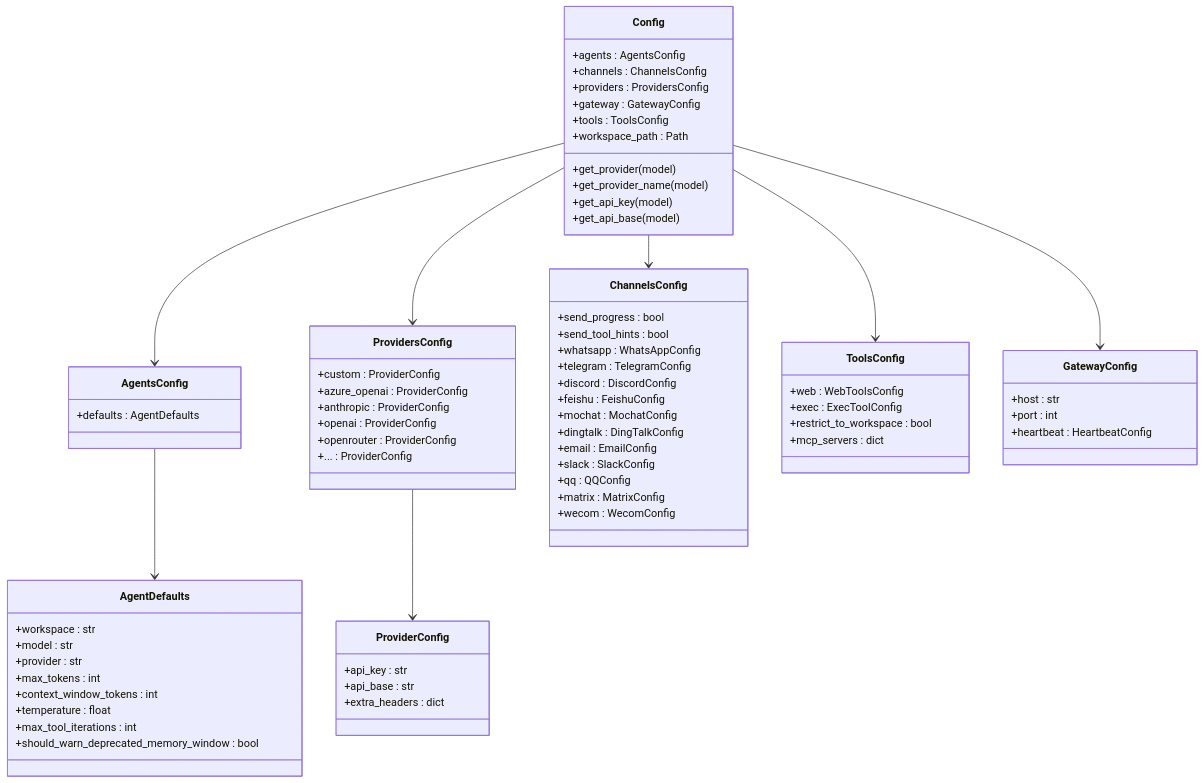
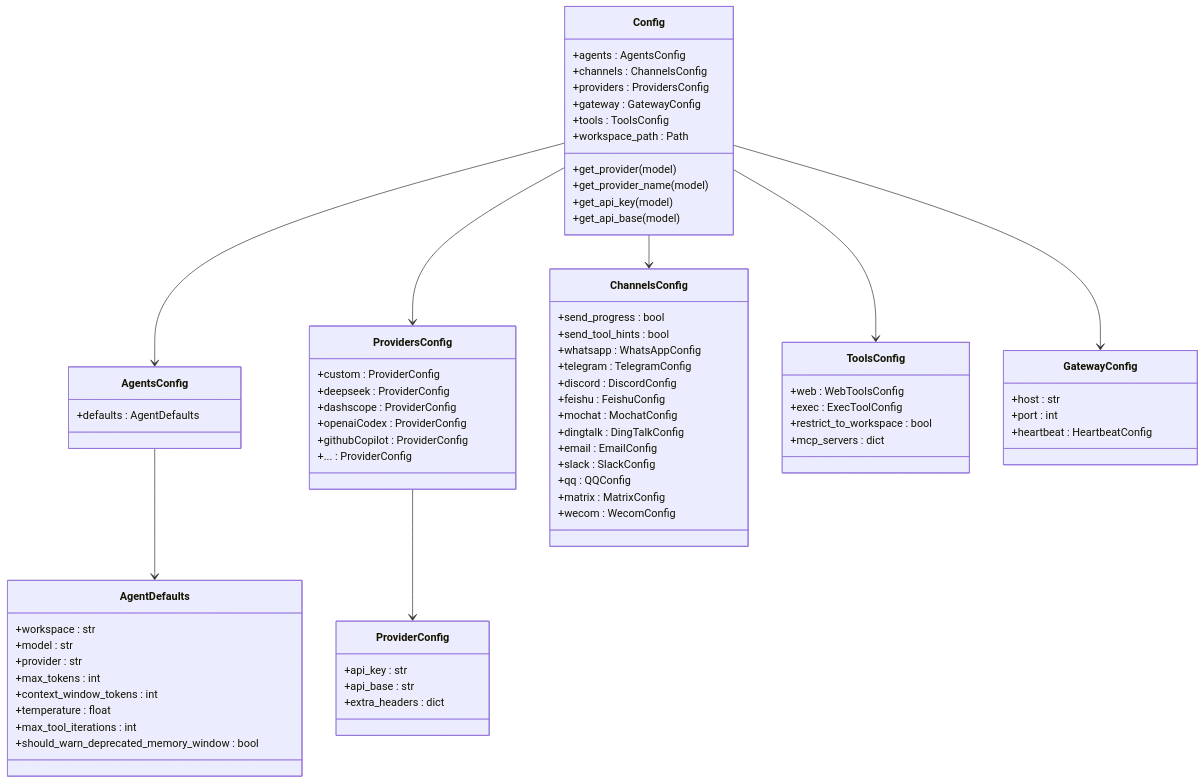
Before and after one commit to 757607106/nanobot: the third of 7 diagrams in .qoder/repowiki/zh/content/配置管理/配置管理.md, drawn with Mermaid. The commit also changed other lines of this file and 60 other files, not shown here.

````diff
--- a/.qoder/repowiki/zh/content/配置管理/配置管理.md
+++ b/.qoder/repowiki/zh/content/配置管理/配置管理.md
@@ -154,74 +167,74 @@
 ```mermaid
 classDiagram
 class Config {
 +agents : AgentsConfig
 +channels : ChannelsConfig
 +providers : ProvidersConfig
 +gateway : GatewayConfig
 +tools : ToolsConfig
 +workspace_path : Path
 +get_provider(model)
 +get_provider_name(model)
 +get_api_key(model)
 +get_api_base(model)
 }
 class AgentsConfig {
 +defaults : AgentDefaults
 }
 class AgentDefaults {
 +workspace : str
 +model : str
 +provider : str
 +max_tokens : int
 +context_window_tokens : int
 +temperature : float
 +max_tool_iterations : int
 +should_warn_deprecated_memory_window : bool
 }
 class ProvidersConfig {
 +custom : ProviderConfig
-+azure_openai : ProviderConfig
-+anthropic : ProviderConfig
-+openai : ProviderConfig
-+openrouter : ProviderConfig
++deepseek : ProviderConfig
++dashscope : ProviderConfig
++openaiCodex : ProviderConfig
++githubCopilot : ProviderConfig
 +... : ProviderConfig
 }
 class ProviderConfig {
 +api_key : str
 +api_base : str
 +extra_headers : dict
 }
 class ChannelsConfig {
 +send_progress : bool
 +send_tool_hints : bool
 +whatsapp : WhatsAppConfig
 +telegram : TelegramConfig
 +discord : DiscordConfig
 +feishu : FeishuConfig
 +mochat : MochatConfig
 +dingtalk : DingTalkConfig
 +email : EmailConfig
 +slack : SlackConfig
 +qq : QQConfig
 +matrix : MatrixConfig
 +wecom : WecomConfig
 }
 class ToolsConfig {
 +web : WebToolsConfig
 +exec : ExecToolConfig
 +restrict_to_workspace : bool
 +mcp_servers : dict
 }
 class GatewayConfig {
 +host : str
 +port : int
 +heartbeat : HeartbeatConfig
 }
 Config --> AgentsConfig
 Config --> ChannelsConfig
 Config --> ProvidersConfig
 Config --> GatewayConfig
 Config --> ToolsConfig
 AgentsConfig --> AgentDefaults
 ProvidersConfig --> ProviderConfig
 ```
````
